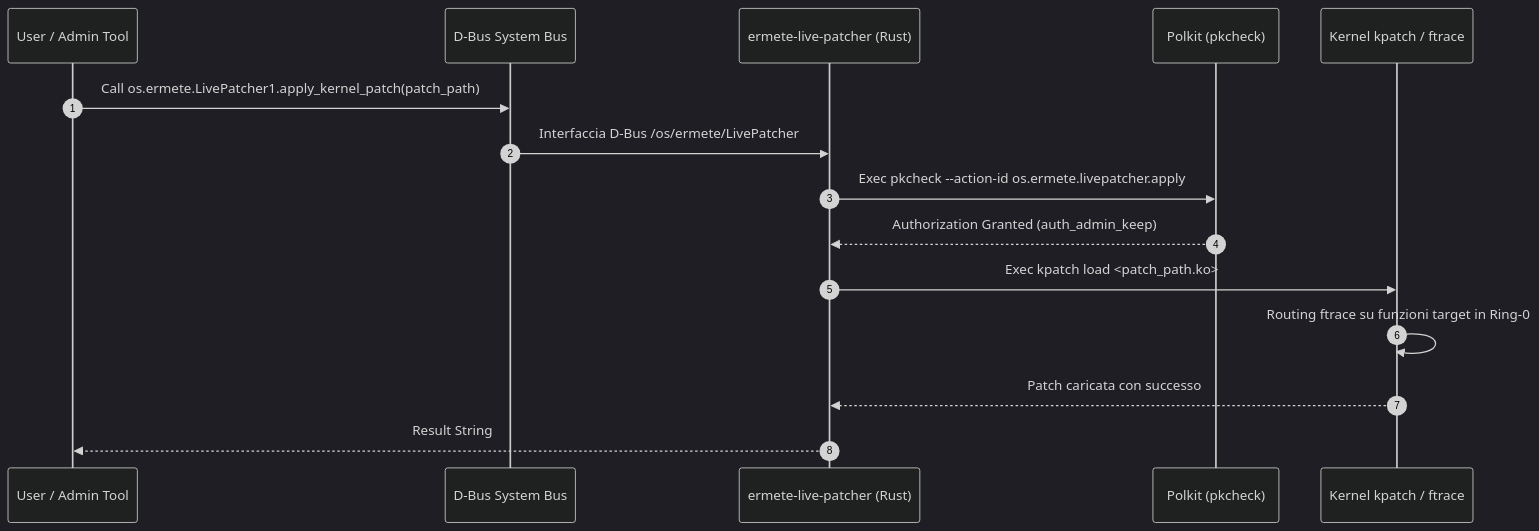
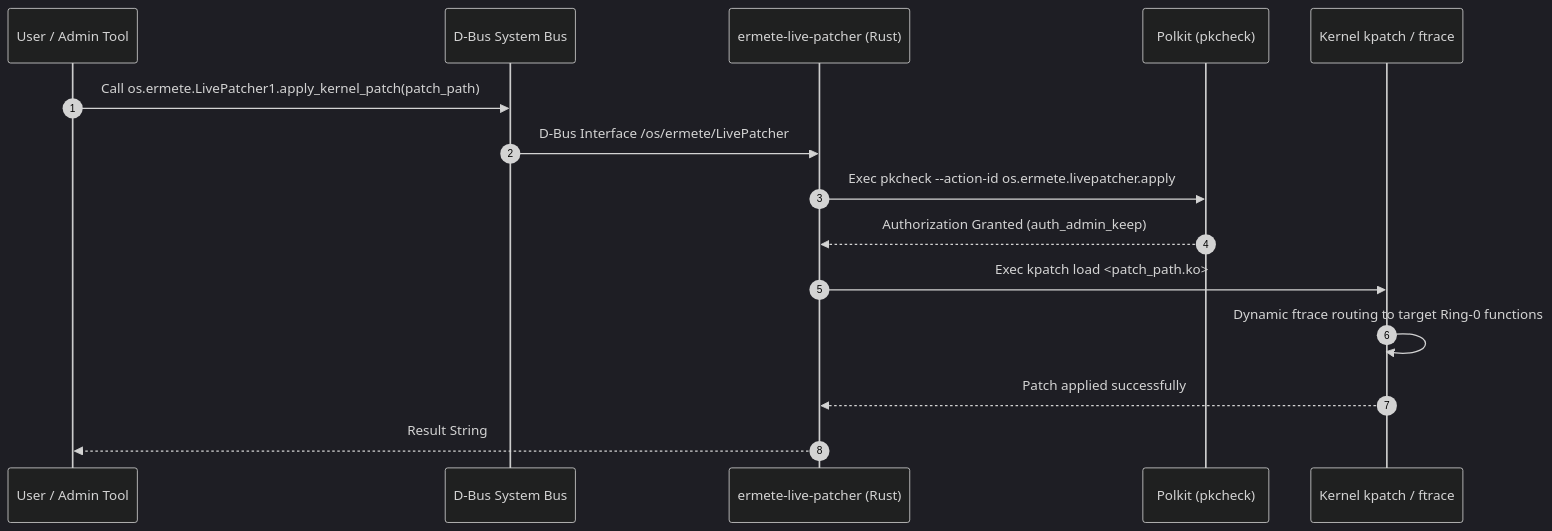
Before and after one commit to hr-mes/ermete-os: the second of 2 diagrams in docs/architecture/doc_kernel_layer.md, drawn with Mermaid (dark theme). The commit also changed other lines of this file and 11 other files, not shown here.

Commit message:
docs(core): enterprise uplift via shared-docs-sync agent for deep architecture

````diff
--- a/docs/architecture/doc_kernel_layer.md
+++ b/docs/architecture/doc_kernel_layer.md
@@ -85,18 +85,18 @@
 ```mermaid
 sequenceDiagram
     autonumber
     participant Admin as User / Admin Tool
     participant DBus as D-Bus System Bus
     participant Daemon as ermete-live-patcher (Rust)
     participant Polkit as Polkit (pkcheck)
     participant Kpatch as Kernel kpatch / ftrace
 
     Admin->>DBus: Call os.ermete.LivePatcher1.apply_kernel_patch(patch_path)
-    DBus->>Daemon: Interfaccia D-Bus /os/ermete/LivePatcher
+    DBus->>Daemon: D-Bus Interface /os/ermete/LivePatcher
     Daemon->>Polkit: Exec pkcheck --action-id os.ermete.livepatcher.apply
     Polkit-->>Daemon: Authorization Granted (auth_admin_keep)
     Daemon->>Kpatch: Exec kpatch load <patch_path.ko>
-    Kpatch->>Kpatch: Routing ftrace su funzioni target in Ring-0
-    Kpatch-->>Daemon: Patch caricata con successo
+    Kpatch->>Kpatch: Dynamic ftrace routing to target Ring-0 functions
+    Kpatch-->>Daemon: Patch applied successfully
     Daemon-->>Admin: Result String
 ```
````
